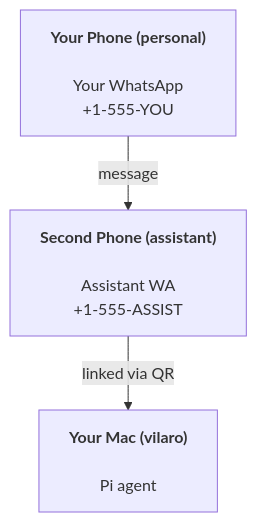
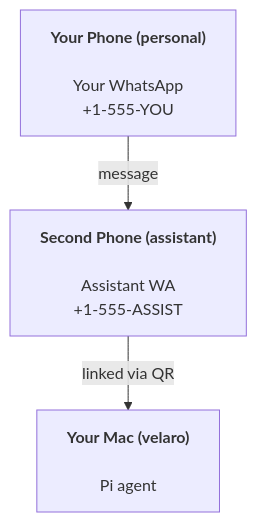
Before and after one commit to JacobE-Larp/Velaro: the diagram in docs/start/vilaro.md, drawn with Mermaid. The commit also changed other lines of this file and 1034 other files, not shown here.

First line of the commit message:
rebrand: rename Vilaro → Velaro across all user-facing surfaces

````diff
--- a/docs/start/vilaro.md
+++ b/docs/start/vilaro.md
@@ -36,5 +36,5 @@
 ```mermaid
 flowchart TB
     A["<b>Your Phone (personal)<br></b><br>Your WhatsApp<br>+1-555-YOU"] -- message --> B["<b>Second Phone (assistant)<br></b><br>Assistant WA<br>+1-555-ASSIST"]
-    B -- linked via QR --> C["<b>Your Mac (vilaro)<br></b><br>Pi agent"]
+    B -- linked via QR --> C["<b>Your Mac (velaro)<br></b><br>Pi agent"]
 ```
````
